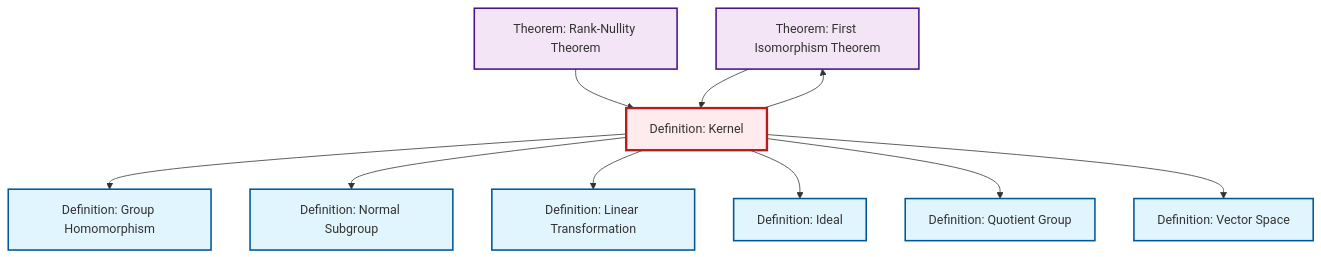
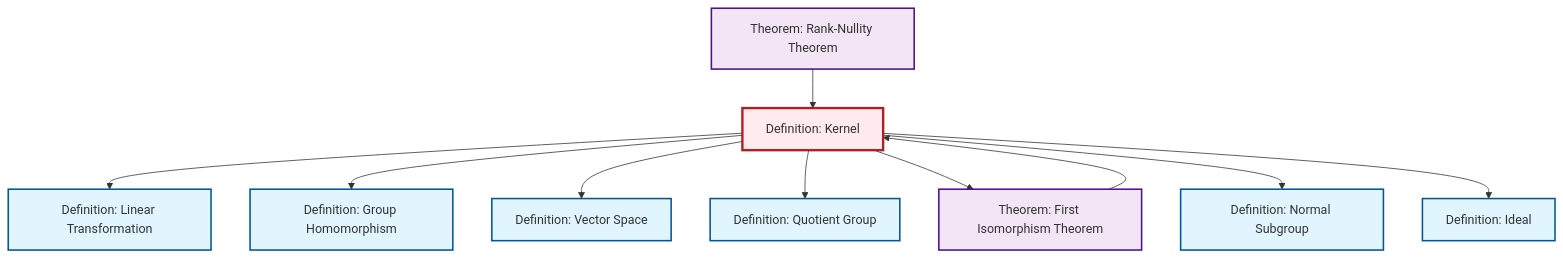
One commit to RK0429/ModernMath changed the diagram in content/ja/algebra/def-kernel.qmd. Above: the diagram before and after it, drawn with Mermaid. The commit also changed other lines of this file and 491 other files, not shown here.

````diff
--- a/content/ja/algebra/def-kernel.qmd
+++ b/content/ja/algebra/def-kernel.qmd
@@ -80,36 +80,36 @@
 ```{mermaid}
 %%| fig-cap: "Local dependency graph"
 graph TD
     classDef definition fill:#e1f5fe,stroke:#01579b,stroke-width:2px
     classDef theorem fill:#f3e5f5,stroke:#4a148c,stroke-width:2px
     classDef axiom fill:#fff3e0,stroke:#e65100,stroke-width:2px
     classDef example fill:#e8f5e9,stroke:#1b5e20,stroke-width:2px
     classDef current fill:#ffebee,stroke:#b71c1c,stroke-width:3px
+    def-kernel["Definition: Kernel"]:::definition
+    def-normal-subgroup["Definition: Normal Subgroup"]:::definition
     thm-first-isomorphism["Theorem: First Isomorphism Theorem"]:::theorem
+    def-ideal["Definition: Ideal"]:::definition
     def-homomorphism["Definition: Group Homomorphism"]:::definition
     def-linear-transformation["Definition: Linear Transformation"]:::definition
     def-vector-space["Definition: Vector Space"]:::definition
-    def-kernel["Definition: Kernel"]:::definition
-    def-ideal["Definition: Ideal"]:::definition
     thm-rank-nullity["Theorem: Rank-Nullity Theorem"]:::theorem
-    def-normal-subgroup["Definition: Normal Subgroup"]:::definition
     def-quotient-group["Definition: Quotient Group"]:::definition
+    def-kernel --> def-linear-transformation
+    def-kernel --> def-homomorphism
+    def-kernel --> def-vector-space
+    thm-first-isomorphism --> def-kernel
+    def-kernel --> def-quotient-group
+    def-kernel --> thm-first-isomorphism
+    def-kernel --> def-normal-subgroup
+    def-kernel --> def-ideal
     thm-rank-nullity --> def-kernel
-    def-kernel --> def-homomorphism
-    def-kernel --> def-normal-subgroup
-    thm-first-isomorphism --> def-kernel
-    def-kernel --> def-linear-transformation
-    def-kernel --> thm-first-isomorphism
-    def-kernel --> def-ideal
-    def-kernel --> def-quotient-group
-    def-kernel --> def-vector-space
     class def-kernel current
+    click def-normal-subgroup "def-normal-subgroup.html" "Definition: Normal Subgroupへ"
     click thm-first-isomorphism "thm-first-isomorphism.html" "Theorem: First Isomorphism Theoremへ"
+    click def-ideal "def-ideal.html" "Definition: Idealへ"
     click def-homomorphism "def-homomorphism.html" "Definition: Group Homomorphismへ"
     click def-linear-transformation "def-linear-transformation.html" "Definition: Linear Transformationへ"
     click def-vector-space "def-vector-space.html" "Definition: Vector Spaceへ"
-    click def-ideal "def-ideal.html" "Definition: Idealへ"
     click thm-rank-nullity "thm-rank-nullity.html" "Theorem: Rank-Nullity Theoremへ"
-    click def-normal-subgroup "def-normal-subgroup.html" "Definition: Normal Subgroupへ"
     click def-quotient-group "def-quotient-group.html" "Definition: Quotient Groupへ"
 ```
````
